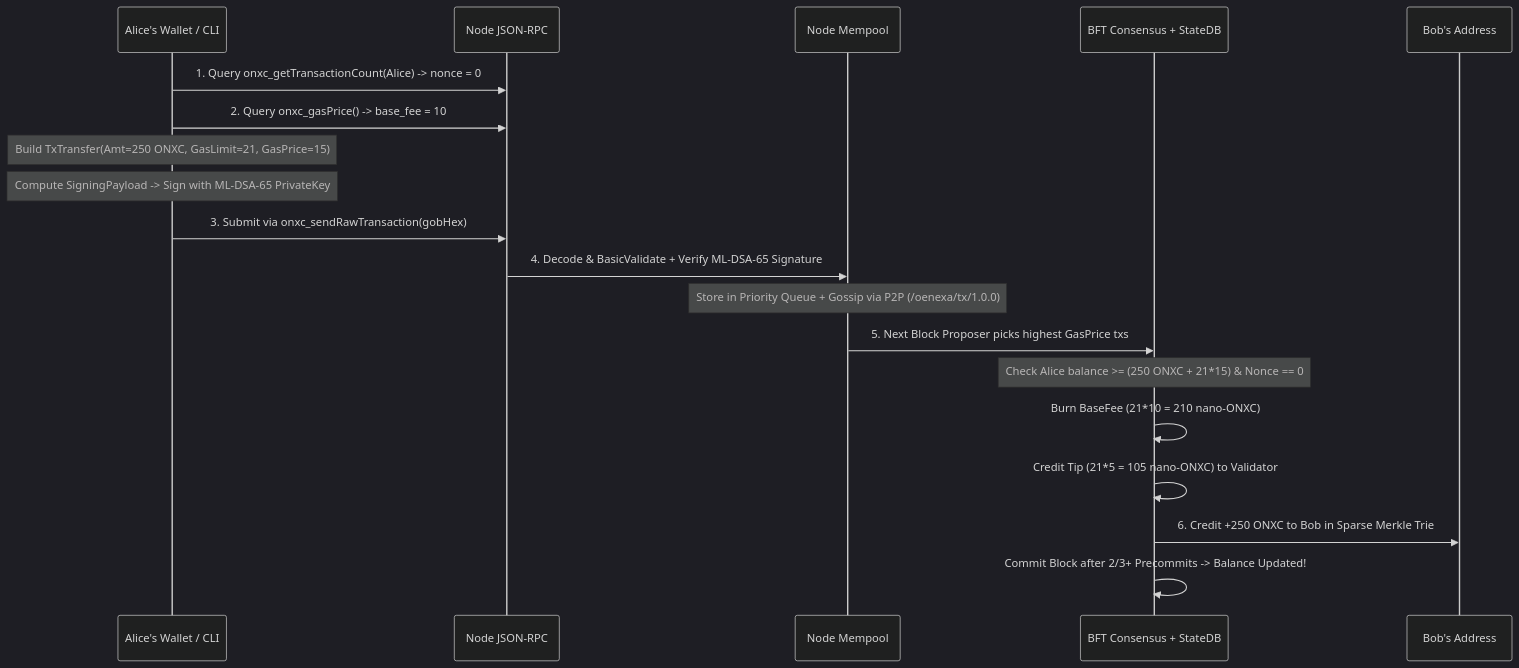
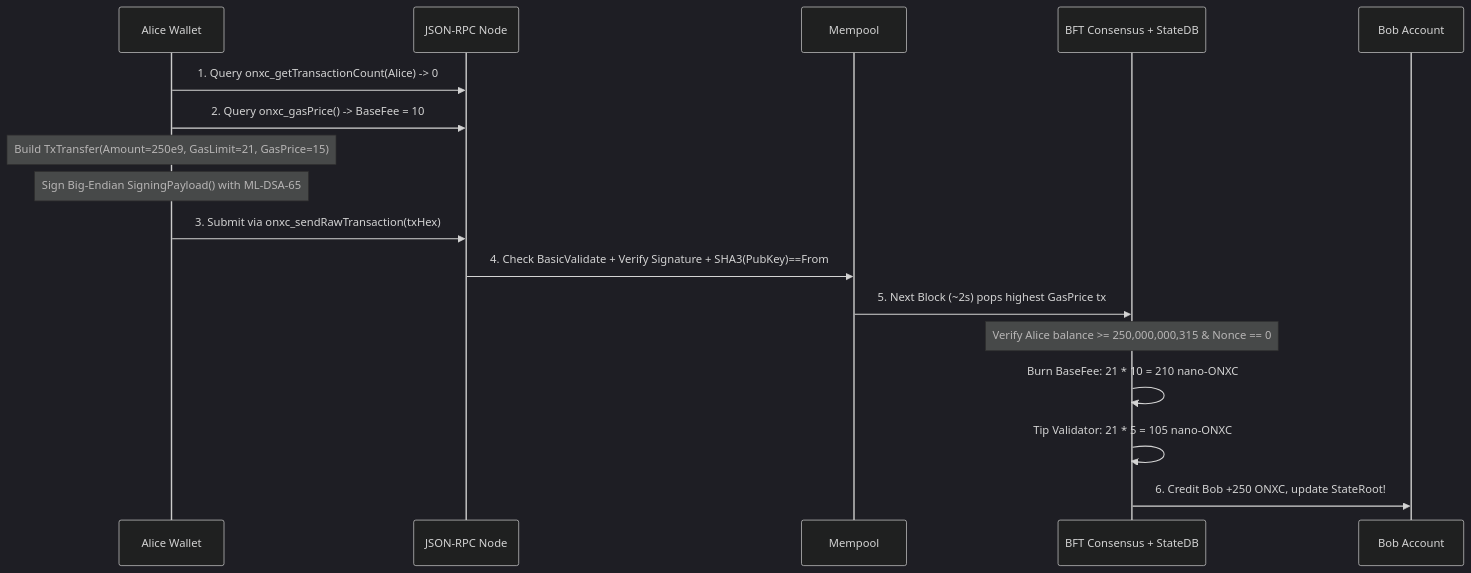
The diagram in 03-transactions-and-state/01_how_transactions_work.md (oenexa/oenexa-docs), drawn with Mermaid (dark theme) before and after one commit. The commit also changed other lines of this file and 21 other files, not shown here.

Commit message:
feat(docs): expand beginner curriculum with worked examples, visual diagrams, and interactive Visual Learning Studio

````diff
--- a/03-transactions-and-state/01_how_transactions_work.md
+++ b/03-transactions-and-state/01_how_transactions_work.md
@@ -62,22 +85,20 @@
 ```mermaid
 sequenceDiagram
-    participant Alice as Alice's Wallet / CLI
-    participant RPC as Node JSON-RPC
-    participant Mempool as Node Mempool
-    participant Consensus as BFT Consensus + StateDB
-    participant Bob as Bob's Address
+    participant Alice as Alice Wallet
+    participant RPC as JSON-RPC Node
+    participant Pool as Mempool
+    participant Cons as BFT Consensus + StateDB
+    participant Bob as Bob Account
 
-    Alice->>RPC: 1. Query onxc_getTransactionCount(Alice) -> nonce = 0
-    Alice->>RPC: 2. Query onxc_gasPrice() -> base_fee = 10
-    Note over Alice: Build TxTransfer(Amt=250 ONXC, GasLimit=21, GasPrice=15)
-    Note over Alice: Compute SigningPayload -> Sign with ML-DSA-65 PrivateKey
-    Alice->>RPC: 3. Submit via onxc_sendRawTransaction(gobHex)
-    RPC->>Mempool: 4. Decode & BasicValidate + Verify ML-DSA-65 Signature
-    Note over Mempool: Store in Priority Queue + Gossip via P2P (/oenexa/tx/1.0.0)
-    Mempool->>Consensus: 5. Next Block Proposer picks highest GasPrice txs
-    Note over Consensus: Check Alice balance >= (250 ONXC + 21*15) & Nonce == 0
-    Consensus->>Consensus: Burn BaseFee (21*10 = 210 nano-ONXC)
-    Consensus->>Consensus: Credit Tip (21*5 = 105 nano-ONXC) to Validator
-    Consensus->>Bob: 6. Credit +250 ONXC to Bob in Sparse Merkle Trie
-    Consensus->>Consensus: Commit Block after 2/3+ Precommits -> Balance Updated!
+    Alice->>RPC: 1. Query onxc_getTransactionCount(Alice) -> 0
+    Alice->>RPC: 2. Query onxc_gasPrice() -> BaseFee = 10
+    Note over Alice: Build TxTransfer(Amount=250e9, GasLimit=21, GasPrice=15)
+    Note over Alice: Sign Big-Endian SigningPayload() with ML-DSA-65
+    Alice->>RPC: 3. Submit via onxc_sendRawTransaction(txHex)
+    RPC->>Pool: 4. Check BasicValidate + Verify Signature + SHA3(PubKey)==From
+    Pool->>Cons: 5. Next Block (~2s) pops highest GasPrice tx
+    Note over Cons: Verify Alice balance >= 250,000,000,315 & Nonce == 0
+    Cons->>Cons: Burn BaseFee: 21 * 10 = 210 nano-ONXC
+    Cons->>Cons: Tip Validator: 21 * 5 = 105 nano-ONXC
+    Cons->>Bob: 6. Credit Bob +250 ONXC, update StateRoot!
 ```
````
